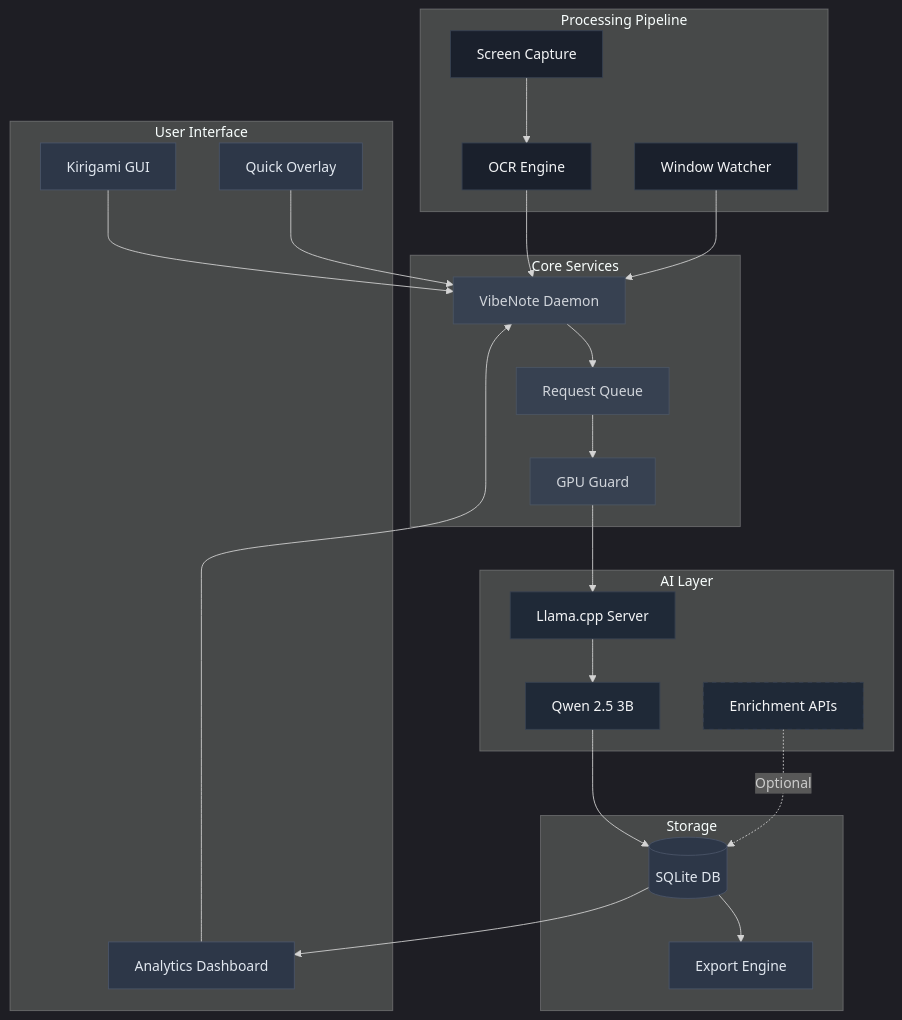
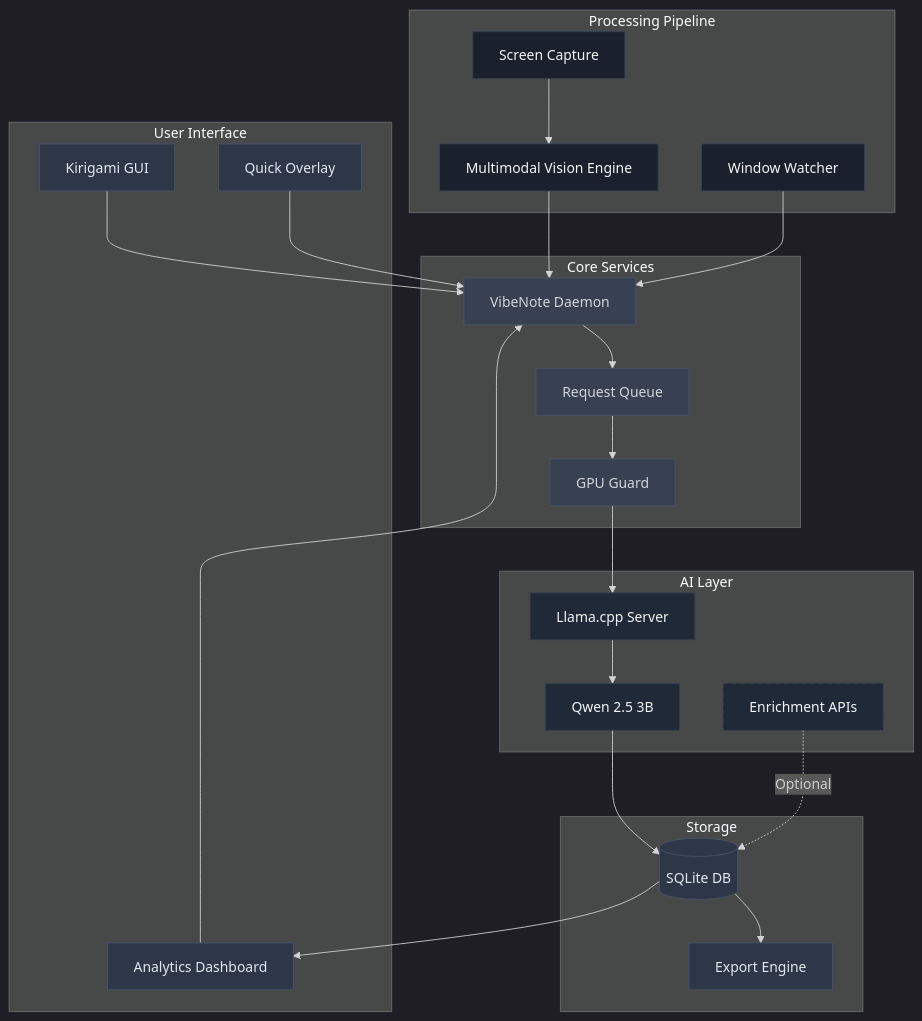
One commit to Tim-Spurlin/VibeNote changed the first of 4 diagrams in README.md. Above: the diagram before and after it, drawn with Mermaid. The commit also changed other lines of this file, not shown here.

````diff
--- a/README.md
+++ b/README.md
@@ -57,66 +57,66 @@
 ```mermaid
 %%{init: {'theme':'dark'}}%%
 graph TB
     subgraph "User Interface"
         GUI[Kirigami GUI]
         OVERLAY[Quick Overlay]
         DASH[Analytics Dashboard]
     end
     
     subgraph "Core Services"
         DAEMON[VibeNote Daemon]
         QUEUE[Request Queue]
         GUARD[GPU Guard]
     end
     
     subgraph "Processing Pipeline"
-        OCR[OCR Engine]
+        VISION[Multimodal Vision Engine]
         CAPTURE[Screen Capture]
         WINDOW[Window Watcher]
     end
     
     subgraph "AI Layer"
         LLAMA[Llama.cpp Server]
         MODEL[Qwen 2.5 3B]
         ENRICH[Enrichment APIs]
     end
     
     subgraph "Storage"
         SQLITE[(SQLite DB)]
         EXPORT[Export Engine]
     end
     
     GUI --> DAEMON
     OVERLAY --> DAEMON
     DASH --> DAEMON
     
     DAEMON --> QUEUE
     QUEUE --> GUARD
     GUARD --> LLAMA
     
-    CAPTURE --> OCR
-    OCR --> DAEMON
+    CAPTURE --> VISION
+    VISION --> DAEMON
     WINDOW --> DAEMON
     
     LLAMA --> MODEL
     MODEL --> SQLITE
     ENRICH -.->|Optional| SQLITE
     
     SQLITE --> EXPORT
     SQLITE --> DASH
     
     style GUI fill:#2D3748,stroke:#4A5568,color:#E2E8F0
     style OVERLAY fill:#2D3748,stroke:#4A5568,color:#E2E8F0
     style DASH fill:#2D3748,stroke:#4A5568,color:#E2E8F0
     style DAEMON fill:#374151,stroke:#4B5563,color:#D1D5DB
     style QUEUE fill:#374151,stroke:#4B5563,color:#D1D5DB
     style GUARD fill:#374151,stroke:#4B5563,color:#D1D5DB
-    style OCR fill:#1A202C,stroke:#374151,color:#F3F4F6
+    style VISION fill:#1A202C,stroke:#374151,color:#F3F4F6
     style CAPTURE fill:#1A202C,stroke:#374151,color:#F3F4F6
     style WINDOW fill:#1A202C,stroke:#374151,color:#F3F4F6
     style LLAMA fill:#1F2937,stroke:#374151,color:#F3F4F6
     style MODEL fill:#1F2937,stroke:#374151,color:#F3F4F6
     style ENRICH fill:#1F2937,stroke:#374151,color:#F3F4F6,stroke-dasharray: 5 5
     style SQLITE fill:#2D3748,stroke:#4A5568,color:#E2E8F0
     style EXPORT fill:#2D3748,stroke:#4A5568,color:#E2E8F0
 ```
````
